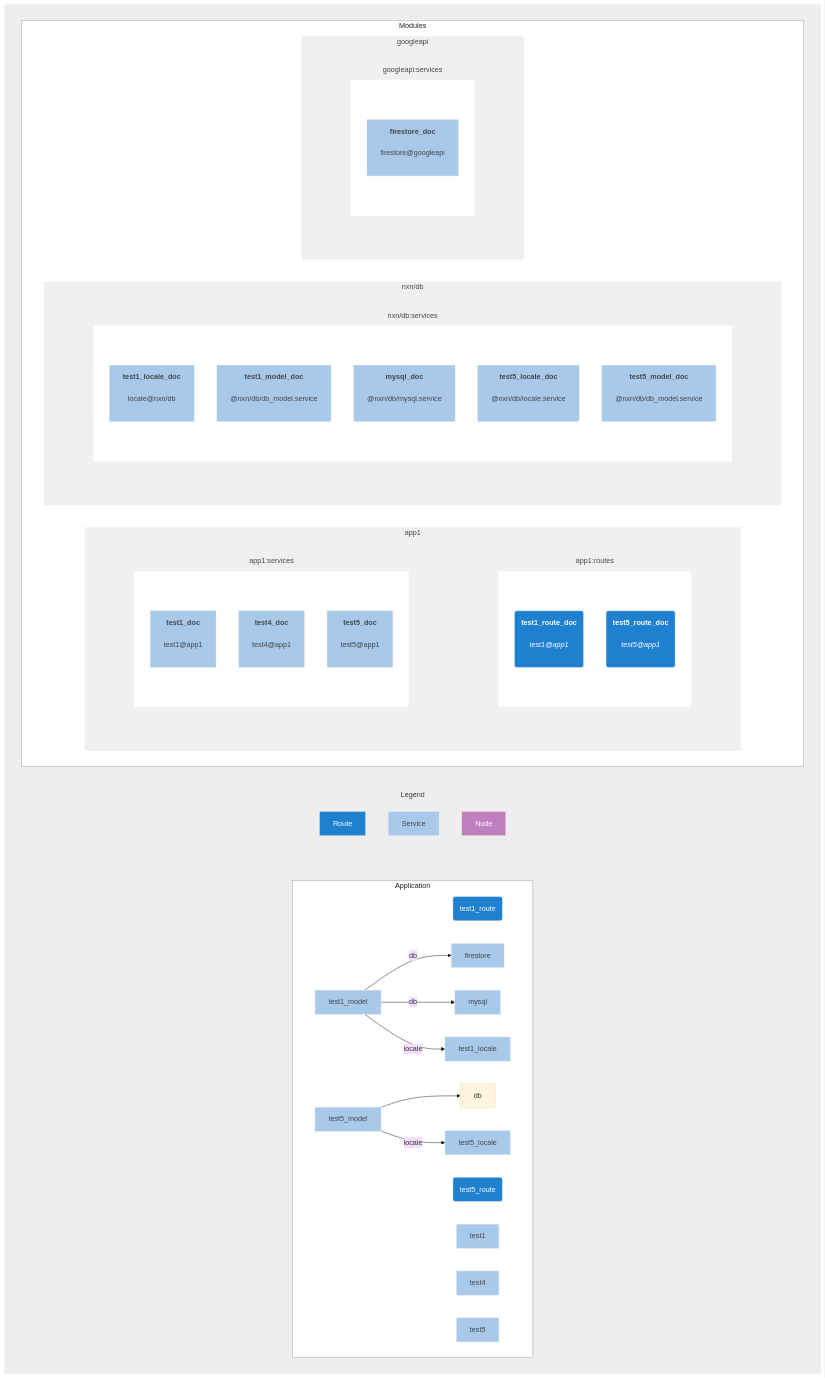
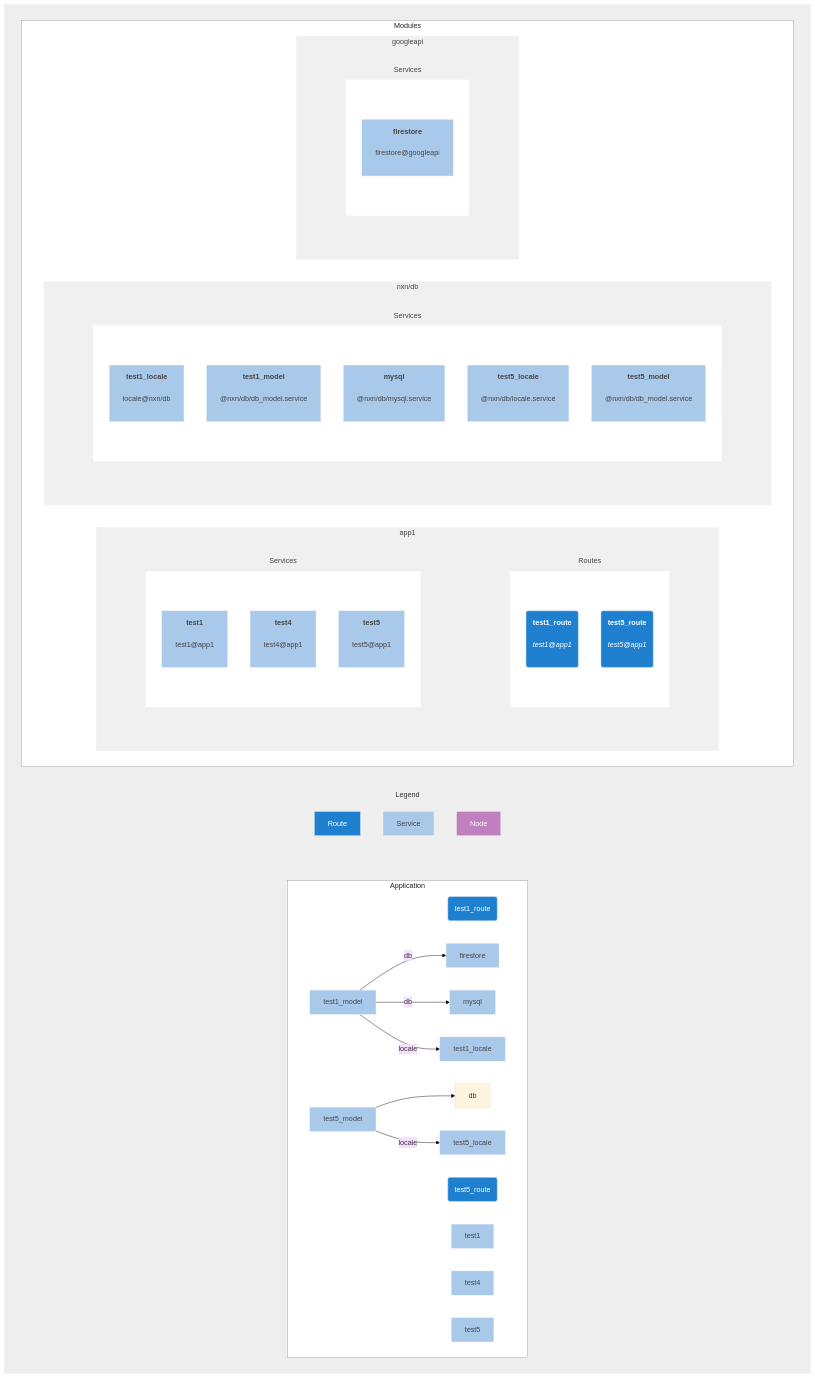
One commit to franck-yvetot/nxn-cli changed the diagram in client_data/default/config_default.README.mmd. Above: the diagram before and after it, drawn with Mermaid (base theme). The commit also changed 1 other file, not shown here.

```diff
--- a/client_data/default/config_default.README.mmd
+++ b/client_data/default/config_default.README.mmd
@@ -1,140 +1,140 @@
 graph TB;
 subgraph main
 
 subgraph Application
     direction LR;
     classDef nodeCls fill:#eee,stroke:#eee,color:#333
     classDef routeCls fill:#2080D0,stroke:#eee,color:#fff
     classDef nodCls fill:#C080C0,stroke:#eee,color:#fff
     classDef serviceCls fill:#A9C9EB,stroke:#eee,color:#444
     test1_route("test1_route"):::routeCls
     test5_route("test5_route"):::routeCls
     test1["test1"]:::serviceCls
     test1_locale["test1_locale"]:::serviceCls
     firestore["firestore"]:::serviceCls
     test1_model["test1_model"]:::serviceCls
     test1_model -- db -->firestore;
     test1_model -- db -->mysql;
     test1_model -- locale -->test1_locale;
     mysql["mysql"]:::serviceCls
     test4["test4"]:::serviceCls
     test5_locale["test5_locale"]:::serviceCls
     test5_model["test5_model"]:::serviceCls
     test5_model --> db;
     test5_model -- locale -->test5_locale;
     test5["test5"]:::serviceCls
 end
 
 subgraph Legend
     Route:::routeCls
     Service:::serviceCls
     Node:::nodCls
 end
 
 subgraph Modules
     direction LR;
     classDef nodeCls fill:#C080C0,stroke:#eee,color:#fff
     classDef routeCls fill:#2080D0,stroke:#eee,color:#fff
     classDef nodCls fill:#C080C0,stroke:#eee,color:#fff
     classDef serviceCls fill:#A9C9EB,stroke:#eee,color:#444
 
 
 subgraph app1
 direction TB;
 
-subgraph app1:routes
+subgraph app1:routes["Routes"]
 direction LR;
 
 subgraph app1_routes1
 direction TB;
-    test1_route_doc("<b>test1_route_doc</b><br><br><i>test1@app1</i><br><br>"):::routeCls
+    test1_route_doc("<b>test1_route</b><br><br><i>test1@app1</i><br><br>"):::routeCls
 
-    test5_route_doc("<b>test5_route_doc</b><br><br><i>test5@app1</i><br><br>"):::routeCls
+    test5_route_doc("<b>test5_route</b><br><br><i>test5@app1</i><br><br>"):::routeCls
 
 end
 style app1_routes1 fill:#fff,stroke:#fff,color:#fff
 
 end
 style app1:routes fill:#f0f0f0,stroke:#eee,color:#444
 
 
-subgraph app1:services
+subgraph app1:services["Services"]
 direction LR;
 
 subgraph app1_services1
 direction TB;
-    test1_doc["<b>test1_doc</b><br><br>test1@app1<br><br>"]:::serviceCls
+    test1_doc["<b>test1</b><br><br>test1@app1<br><br>"]:::serviceCls
 
-    test4_doc["<b>test4_doc</b><br><br>test4@app1<br><br>"]:::serviceCls
+    test4_doc["<b>test4</b><br><br>test4@app1<br><br>"]:::serviceCls
 
-    test5_doc["<b>test5_doc</b><br><br>test5@app1<br><br>"]:::serviceCls
+    test5_doc["<b>test5</b><br><br>test5@app1<br><br>"]:::serviceCls
 
 end
 style app1_services1 fill:#fff,stroke:#fff,color:#fff
 
 end
 style app1:services fill:#f0f0f0,stroke:#eee,color:#444
 
 end
 style app1 fill:#f0f0f0,stroke:#eee,color:#444
 
 
 
 subgraph nxn/db
 direction TB;
 
-subgraph nxn/db:services
+subgraph nxn/db:services["Services"]
 direction LR;
 
 subgraph nxn/db_services1
 direction TB;
-    test1_locale_doc["<b>test1_locale_doc</b><br><br>locale@nxn/db<br><br>"]:::serviceCls
+    test1_locale_doc["<b>test1_locale</b><br><br>locale@nxn/db<br><br>"]:::serviceCls
 
-    test1_model_doc["<b>test1_model_doc</b><br><br>@nxn/db/db_model.service<br><br>"]:::serviceCls
+    test1_model_doc["<b>test1_model</b><br><br>@nxn/db/db_model.service<br><br>"]:::serviceCls
 
-    mysql_doc["<b>mysql_doc</b><br><br>@nxn/db/mysql.service<br><br>"]:::serviceCls
+    mysql_doc["<b>mysql</b><br><br>@nxn/db/mysql.service<br><br>"]:::serviceCls
 
-    test5_locale_doc["<b>test5_locale_doc</b><br><br>@nxn/db/locale.service<br><br>"]:::serviceCls
+    test5_locale_doc["<b>test5_locale</b><br><br>@nxn/db/locale.service<br><br>"]:::serviceCls
 
-    test5_model_doc["<b>test5_model_doc</b><br><br>@nxn/db/db_model.service<br><br>"]:::serviceCls
+    test5_model_doc["<b>test5_model</b><br><br>@nxn/db/db_model.service<br><br>"]:::serviceCls
 
 end
 style nxn/db_services1 fill:#fff,stroke:#fff,color:#fff
 
 end
 style nxn/db:services fill:#f0f0f0,stroke:#eee,color:#444
 
 end
 style nxn/db fill:#f0f0f0,stroke:#eee,color:#444
 
 
 
 subgraph googleapi
 direction TB;
 
-subgraph googleapi:services
+subgraph googleapi:services["Services"]
 direction LR;
 
 subgraph googleapi_services1
 direction TB;
-    firestore_doc["<b>firestore_doc</b><br><br>firestore@googleapi<br><br>"]:::serviceCls
+    firestore_doc["<b>firestore</b><br><br>firestore@googleapi<br><br>"]:::serviceCls
 
 end
 style googleapi_services1 fill:#fff,stroke:#fff,color:#fff
 
 end
 style googleapi:services fill:#f0f0f0,stroke:#eee,color:#444
 
 end
 style googleapi fill:#f0f0f0,stroke:#eee,color:#444
 end
 style Modules fill:#fff,stroke:#999,color:#222
 
 
 
 end
 
 
 style Application fill:#fff,stroke:#999,color:#222
 style Legend fill:#eee,stroke:#eee,color:#333
 style main fill:#eee,stroke:#eee,color:#eee
```
